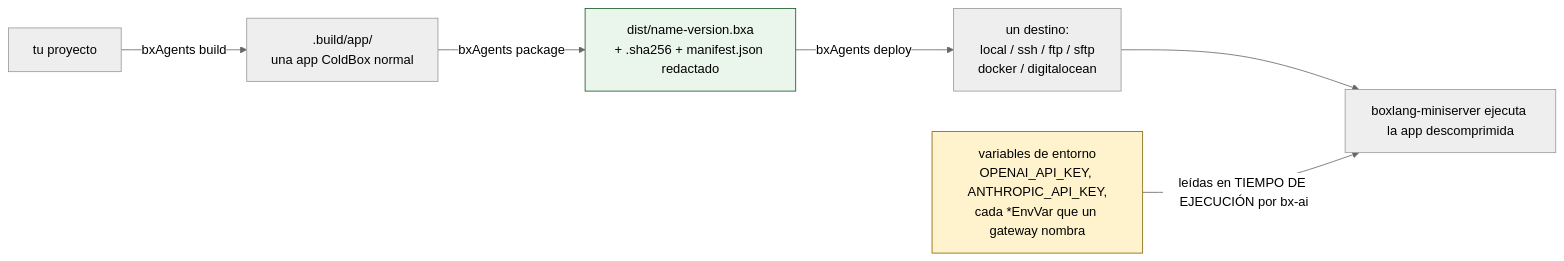
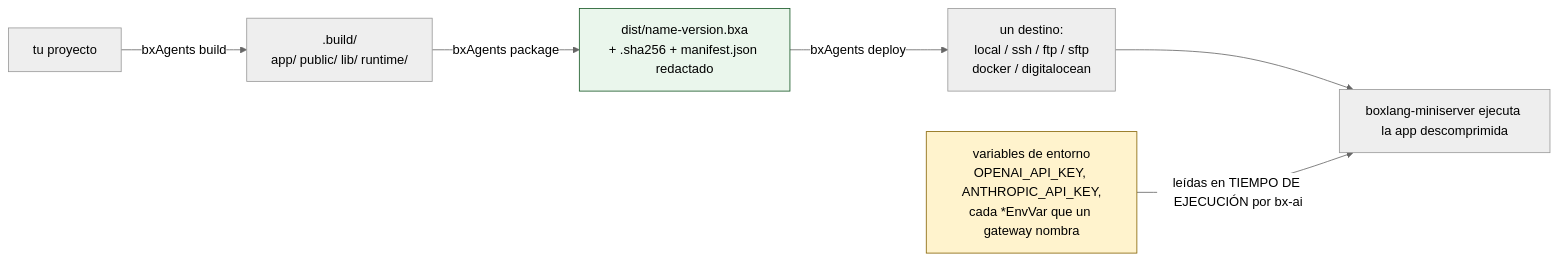
The diagram in es/deployment-and-secrets.md (ortus-boxlang/bx-agents), drawn with Mermaid (neutral theme) before and after one commit. The commit also changed other lines of this file and 247 other files, not shown here.

````diff
--- a/es/deployment-and-secrets.md
+++ b/es/deployment-and-secrets.md
@@ -13,11 +13,11 @@
 ```mermaid
 flowchart LR
-    P["tu proyecto"] -->|"bxAgents build"| B[".build/app/<br/>una app ColdBox normal"]
+    P["tu proyecto"] -->|"bxAgents build"| B[".build/<br/>app/ public/ lib/ runtime/"]
     B -->|"bxAgents package"| A["dist/name-version.bxa<br/>+ .sha256 + manifest.json redactado"]
     A -->|"bxAgents deploy"| T["un destino:<br/>local / ssh / ftp / sftp<br/>docker / digitalocean"]
     T --> RUN["boxlang-miniserver ejecuta la app descomprimida"]
     ENV["variables de entorno<br/>OPENAI_API_KEY, ANTHROPIC_API_KEY,<br/>cada *EnvVar que un gateway nombra"] -->|"leídas en TIEMPO DE EJECUCIÓN por bx-ai"| RUN
 
     style A fill:#eaf6ec,stroke:#155724
     style ENV fill:#fff3cd,stroke:#856404
 ```
````
